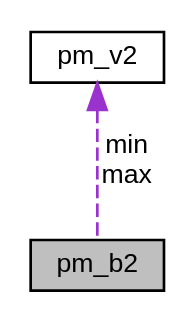
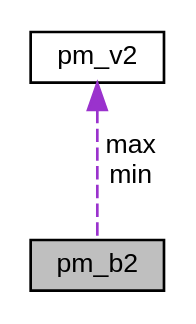
The diagram in docs/ph/structpm__b2__coll__graph.dot (empyreanx/empyreanx.github.io), drawn with Graphviz before and after one commit. The commit also changed 199 other files, not shown here.

```diff
--- a/docs/ph/structpm__b2__coll__graph.dot
+++ b/docs/ph/structpm__b2__coll__graph.dot
@@ -1,9 +1,9 @@
 digraph "pm_b2"
 {
  // LATEX_PDF_SIZE
   edge [fontname="Helvetica",fontsize="10",labelfontname="Helvetica",labelfontsize="10"];
   node [fontname="Helvetica",fontsize="10",shape=record];
   Node1 [label="pm_b2",height=0.2,width=0.4,color="black", fillcolor="grey75", style="filled", fontcolor="black",tooltip="A 2D axis-aligned-bounding-box (AABB)"];
-  Node2 -> Node1 [dir="back",color="darkorchid3",fontsize="10",style="dashed",label=" min\nmax" ,fontname="Helvetica"];
+  Node2 -> Node1 [dir="back",color="darkorchid3",fontsize="10",style="dashed",label=" max\nmin" ,fontname="Helvetica"];
   Node2 [label="pm_v2",height=0.2,width=0.4,color="black", fillcolor="white", style="filled",URL="$structpm__v2.html",tooltip="A 2D vector."];
 }
```
